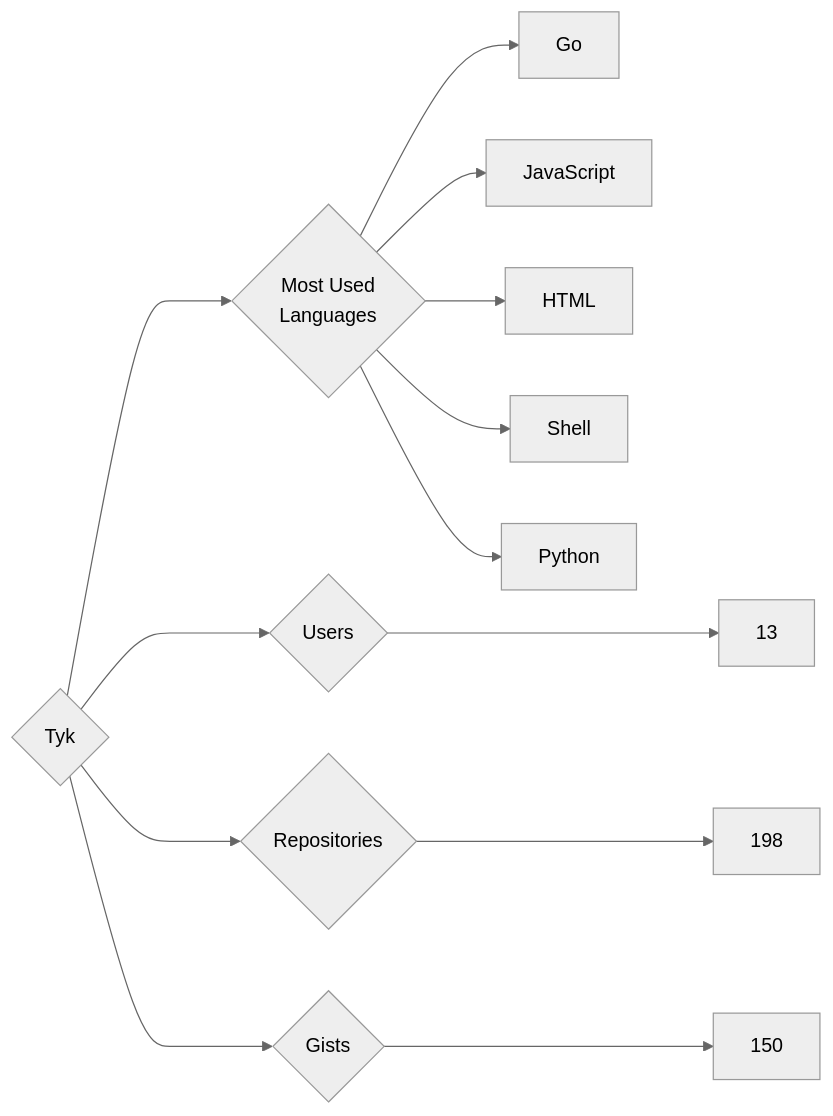
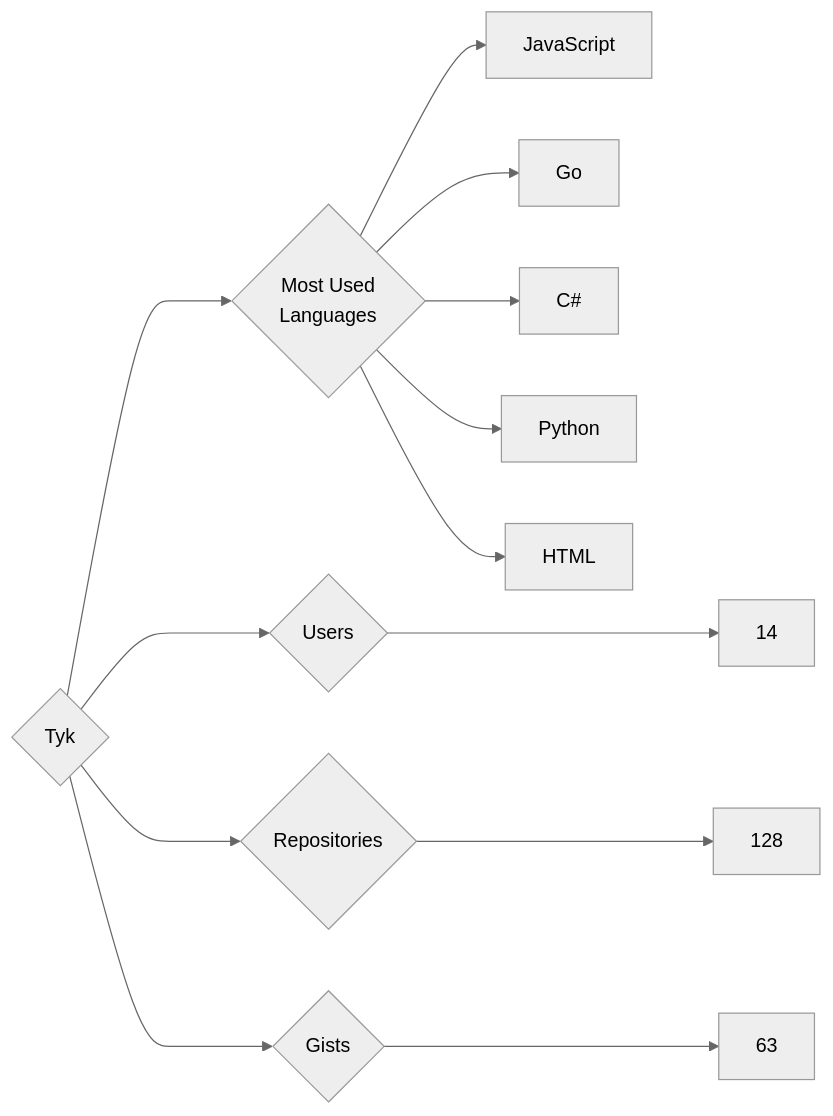
Before and after one commit to trickest/insiders: the diagram in targets/Tyk/README.md, drawn with Mermaid (neutral theme). The commit also changed 964 other files, not shown here.

````diff
--- a/targets/Tyk/README.md
+++ b/targets/Tyk/README.md
@@ -3,13 +3,13 @@
 ```mermaid
 graph LR
 COMPANY_NAME{Tyk}
-COMPANY_NAME ---> U{Users} ---> UN[13]
-COMPANY_NAME ---> R{Repositories} ---> RN[198]
-COMPANY_NAME ---> G{Gists} ---> GN[150]
+COMPANY_NAME ---> U{Users} ---> UN[14]
+COMPANY_NAME ---> R{Repositories} ---> RN[128]
+COMPANY_NAME ---> G{Gists} ---> GN[63]
 COMPANY_NAME ---> ML{Most Used<br>Languages}
+ML --> JavaScript[JavaScript]
 ML --> Go[Go]
-ML --> JavaScript[JavaScript]
+ML --> C#[C#]
+ML --> Python[Python]
 ML --> HTML[HTML]
-ML --> Shell[Shell]
-ML --> Python[Python]
 ```
````
